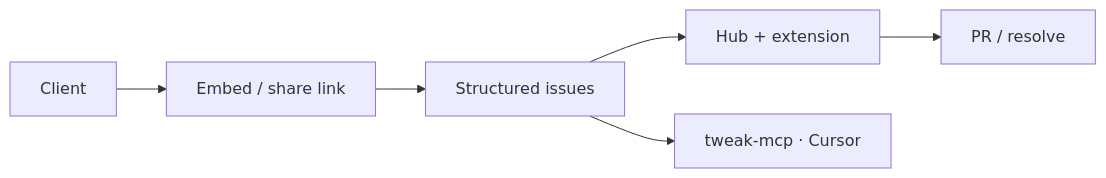
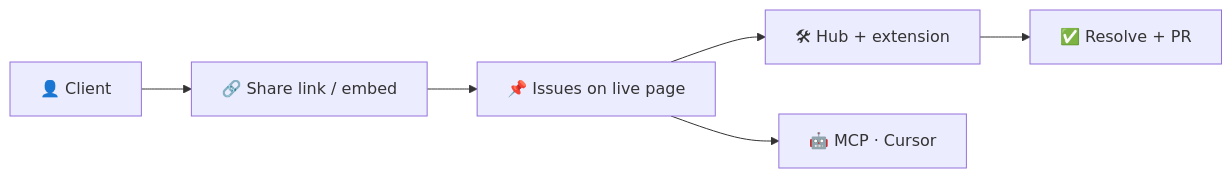
The first of 2 diagrams in README.md (hrushikeshvetagiri-tweak/hrushikeshvetagiri-tweak), drawn with Mermaid before and after one commit. The commit also changed other lines of this file and 2 other files, not shown here.

First line of the commit message:
Simplify profile README: native GitHub styling, no banner.

````diff
--- a/README.md
+++ b/README.md
@@ -41,8 +47,8 @@
 ```mermaid
 flowchart LR
-  Client["Client"] --> Embed["Embed / share link"]
-  Embed --> Issues["Structured issues"]
-  Issues --> Hub["Hub + extension"]
-  Hub --> Resolve["PR / resolve"]
-  Issues --> MCP["tweak-mcp · Cursor"]
+  A["👤 Client"] --> B["🔗 Share link / embed"]
+  B --> C["📌 Issues on live page"]
+  C --> D["🛠 Hub + extension"]
+  C --> E["🤖 MCP · Cursor"]
+  D --> F["✅ Resolve + PR"]
 ```
````
